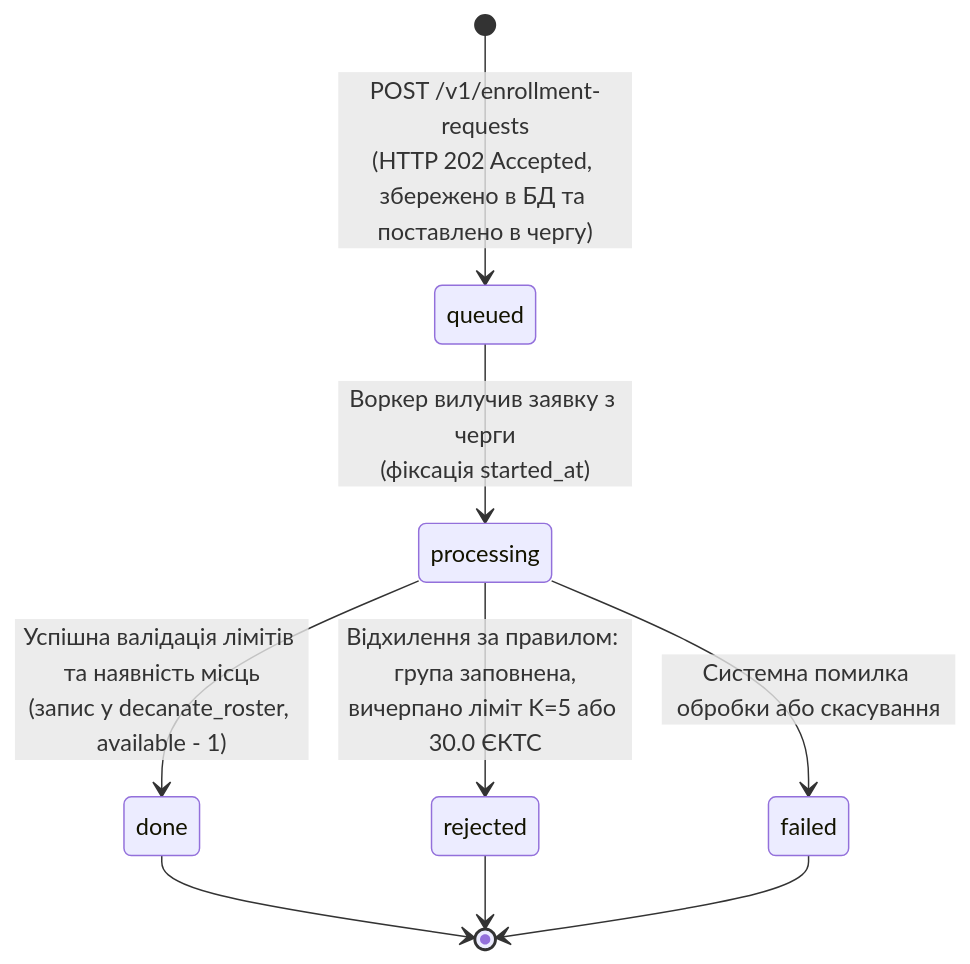
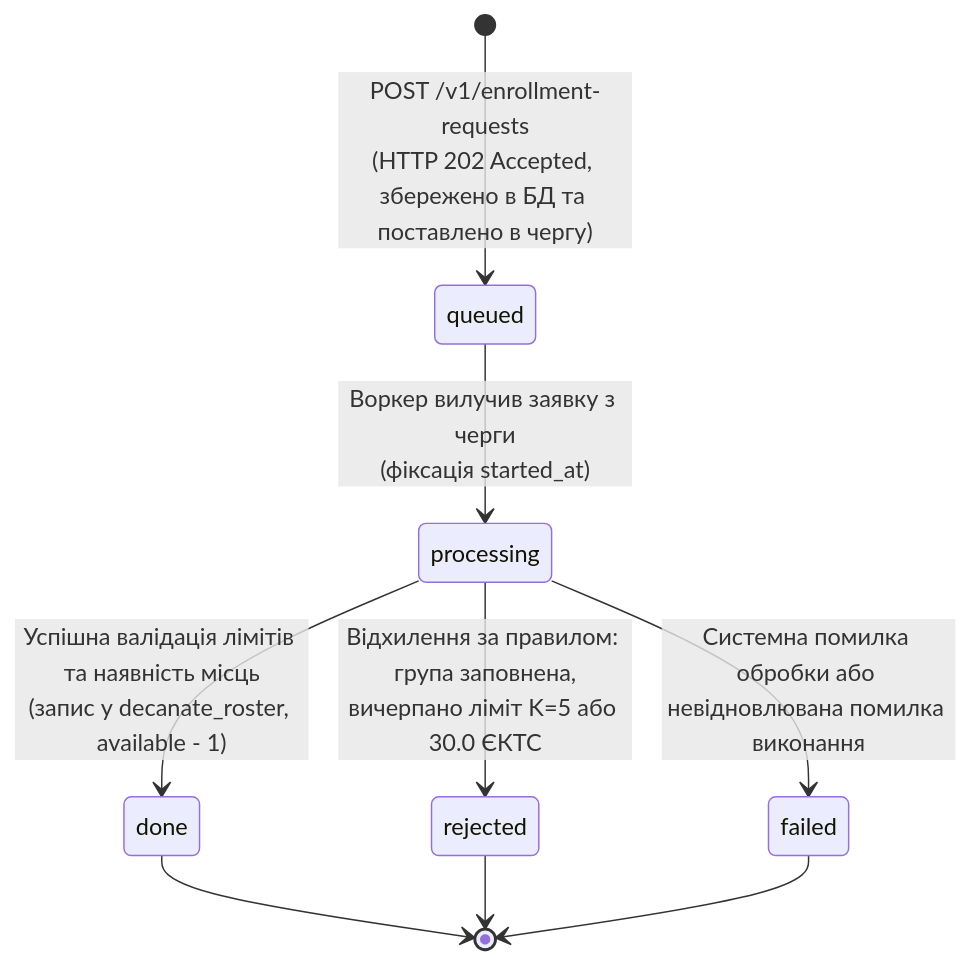
One commit to AirFlex2/distributed-parallel-computing-and-web-course-c10 changed the second of 4 diagrams in README.md. Above: the diagram before and after it, drawn with Mermaid. The commit also changed other lines of this file, not shown here.

````diff
--- a/README.md
+++ b/README.md
@@ -92,14 +92,14 @@
 ```mermaid
 stateDiagram-v2
     [*] --> queued: POST /v1/enrollment-requests<br>(HTTP 202 Accepted, збережено в БД та поставлено в чергу)
     
     queued --> processing: Воркер вилучив заявку з черги<br>(фіксація started_at)
     
     processing --> done: Успішна валідація лімітів та наявність місць<br>(запис у decanate_roster, available - 1)
     processing --> rejected: Відхилення за правилом: група заповнена,<br>вичерпано ліміт K=5 або 30.0 ЄКТС
-    processing --> failed: Системна помилка обробки або скасування
+    processing --> failed: Системна помилка обробки або невідновлювана помилка виконання
     
     done --> [*]
     rejected --> [*]
     failed --> [*]
 ```
````
